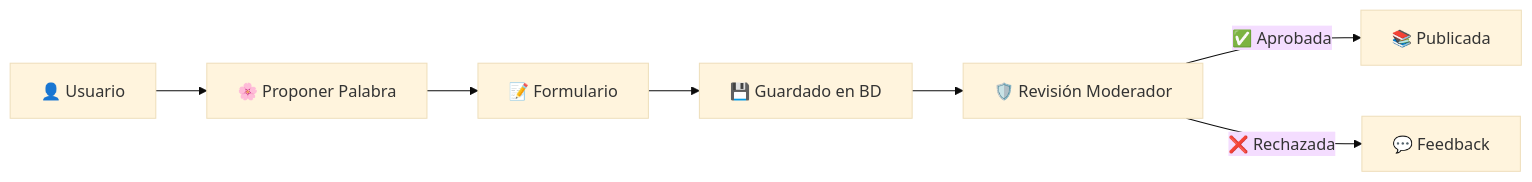
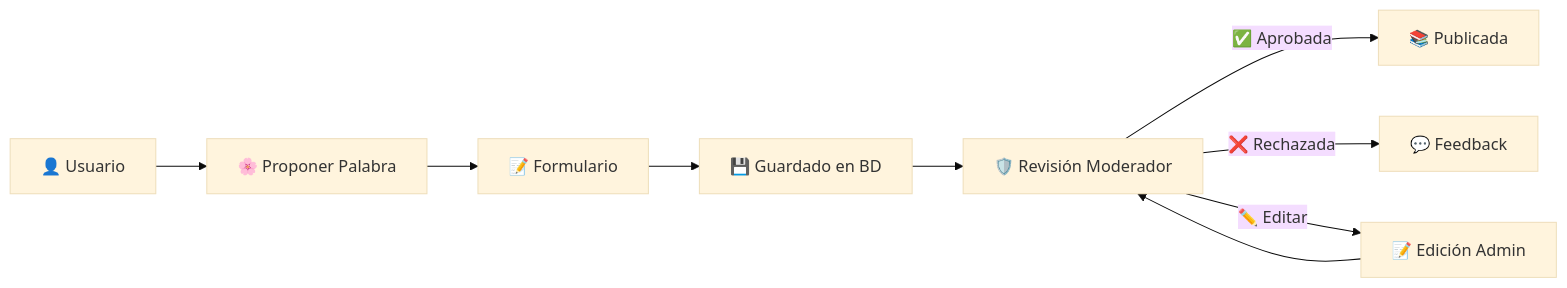
Before and after one commit to joseorteha/nahuatl-web: the second of 5 diagrams in Readme.md, drawn with Mermaid (base theme). The commit also changed other lines of this file, not shown here.

````diff
--- a/Readme.md
+++ b/Readme.md
@@ -364,9 +250,11 @@
 ```mermaid
 graph LR
     A[👤 Usuario] --> B[🌸 Proponer Palabra]
     B --> C[📝 Formulario]
     C --> D[💾 Guardado en BD]
     D --> E[🛡️ Revisión Moderador]
     E -->|✅ Aprobada| F[📚 Publicada]
     E -->|❌ Rechazada| G[💬 Feedback]
+    E -->|✏️ Editar| H[📝 Edición Admin]
+    H --> E
 ```
````
